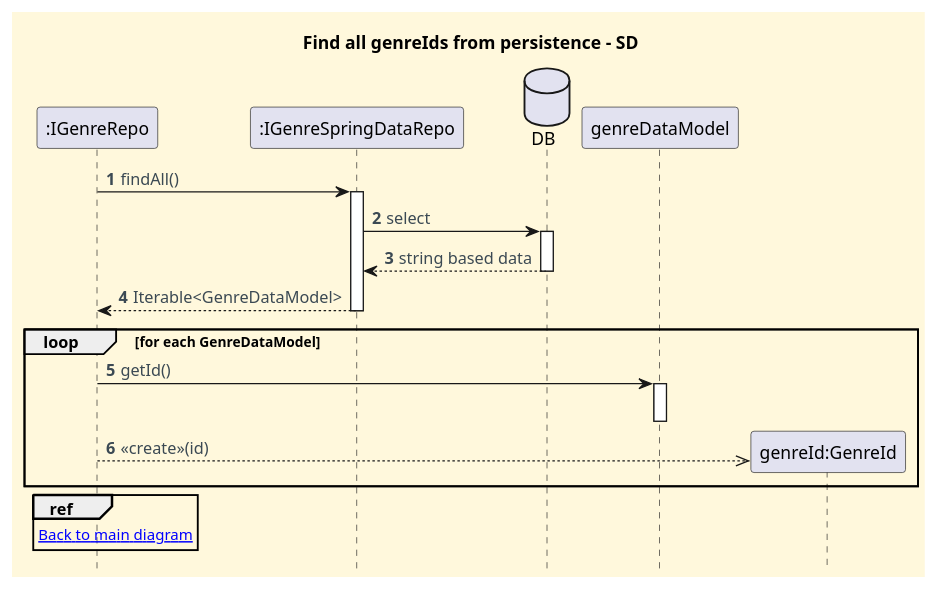
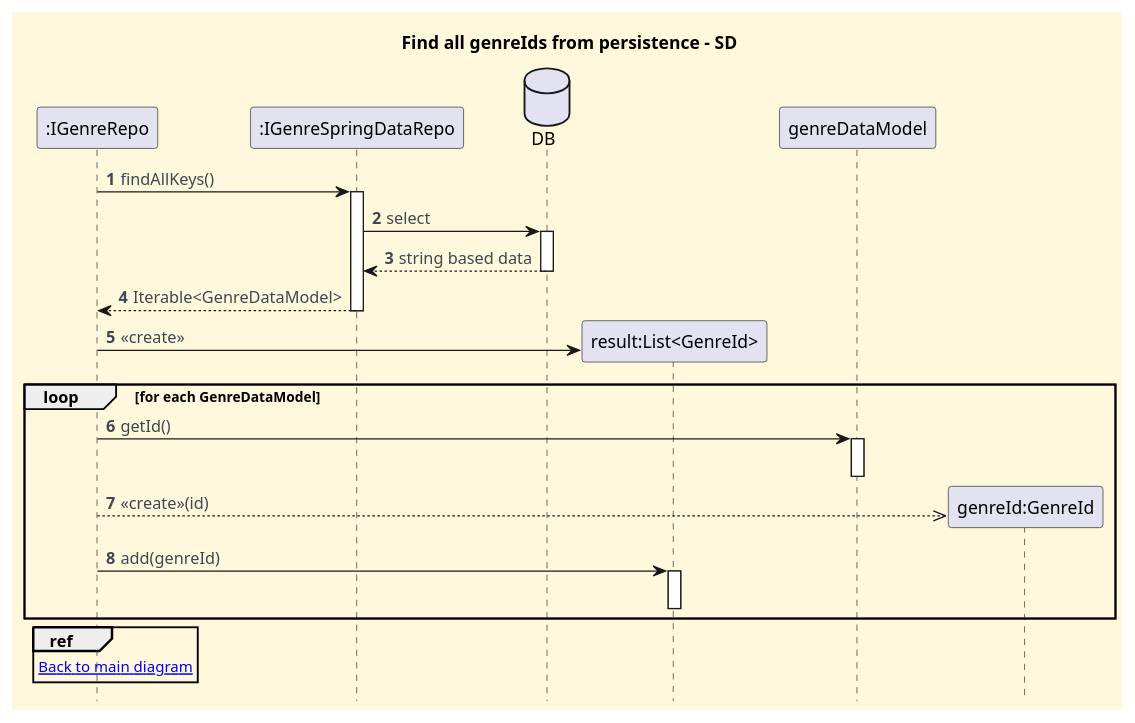
Before and after one commit to CarolinaLeite-collab/JavaMarketplacePlatform: the diagram in docs/functionalities/user/get-list-of-given-genres/sd-ref-diagrams/Find_All_GenreIds.puml, drawn with PlantUML. The commit also changed 3 other files, not shown here.

Commit message:
docs: update SD and ref diagrams based on VivianSandlerISEP code review - refs #426

```diff
--- a/docs/functionalities/user/get-list-of-given-genres/sd-ref-diagrams/Find_All_GenreIds.puml
+++ b/docs/functionalities/user/get-list-of-given-genres/sd-ref-diagrams/Find_All_GenreIds.puml
@@ -1,48 +1,56 @@
 @startuml
 title Find all genreIds from persistence - SD
 hidefootbox
 
 skinparam monochrome false
 skinparam shadowing false
 skinparam defaultFontName Futura
 skinparam objectFontSize 20
 skinparam backgroundColor CornSilk
 skinparam objectBackgroundColor WhiteSmoke
 skinparam noteBackgroundColor #FFFFE0
 skinparam ArrowFontColor #3B4953
 skinparam ActivationBackgroundColor black
 
 autonumber
 autoactivate off
 
 participant ":IGenreRepo" as REPO
 participant ":IGenreSpringDataRepo" as JPA
 
-REPO -> JPA: findAll()
+REPO -> JPA: findAllKeys()
 activate JPA
 
 database "DB" as DB
 JPA -> DB: select
 activate DB
 DB --> JPA: string based data
 deactivate DB
 
 JPA --> REPO: Iterable<GenreDataModel>
 deactivate JPA
 
+
+create "result:List<GenreId>"
+REPO -> "result:List<GenreId>": <<create>>
+
 loop for each GenreDataModel
 
     REPO -> genreDataModel: getId()
     activate genreDataModel
     deactivate genreDataModel
 
     create "genreId:GenreId"
     REPO -->> "genreId:GenreId": <<create>>(id)
 
+    REPO -> "result:List<GenreId>": add(genreId)
+    activate "result:List<GenreId>"
+    deactivate "result:List<GenreId>"
+
 end
 
 ref over REPO
 [[../Get_A_List_Given_Genres_SD.puml Back to main diagram]]
 end ref
 
 @enduml
```
